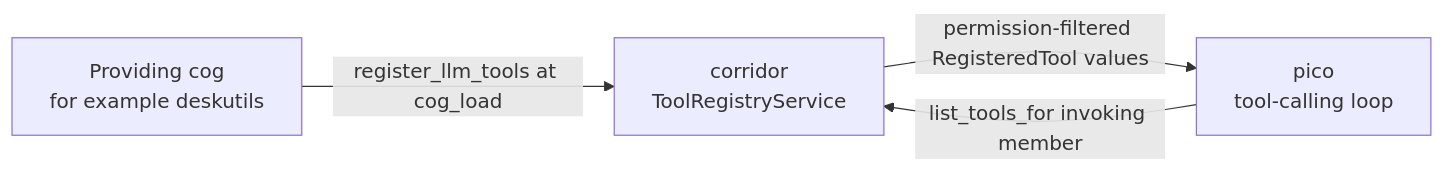
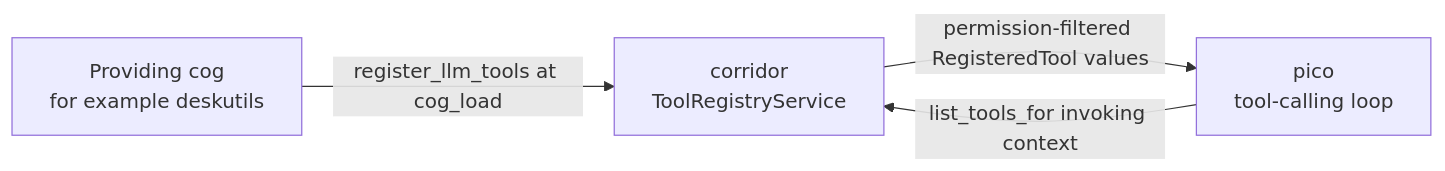
The first of 2 diagrams in docs/corridor-tool-registry-design.md (pixel-agents-hq/pixel-agents-cogs), drawn with Mermaid before and after one commit. The commit also changed other lines of this file and 28 other files, not shown here.

````diff
--- a/docs/corridor-tool-registry-design.md
+++ b/docs/corridor-tool-registry-design.md
@@ -10,10 +10,10 @@
 ```mermaid
 flowchart LR
     D["Providing cog<br/>for example deskutils"]
     C["corridor<br/>ToolRegistryService"]
     P["pico<br/>tool-calling loop"]
 
     D -->|"register_llm_tools at cog_load"| C
-    P -->|"list_tools_for invoking member"| C
+    P -->|"list_tools_for invoking context"| C
     C -->|"permission-filtered RegisteredTool values"| P
 ```
````
